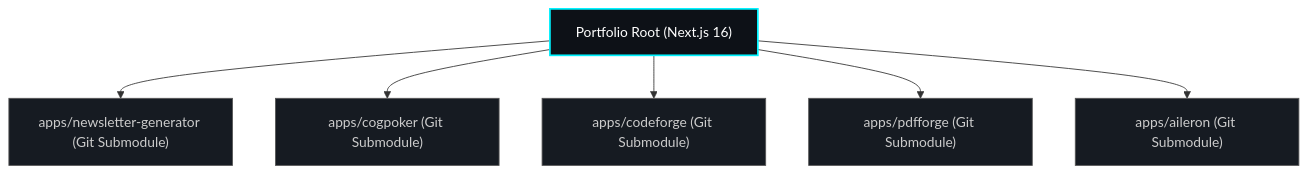
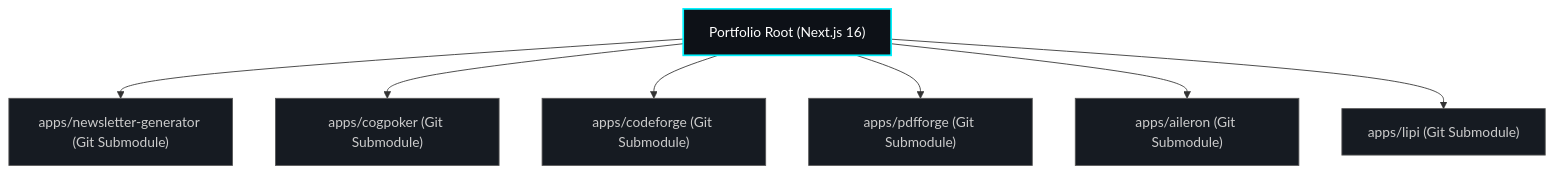
One commit to anandmuraleedharan/personal-portfolio changed the diagram in docs-portal/docs/architecture.md. Above: the diagram before and after it, drawn with Mermaid. The commit also changed other lines of this file and 64 other files, not shown here.

Commit message:
feat: Add Lipi Malayalam Learning App submodule, public dictionary API, and local developer sandbox

````diff
--- a/docs-portal/docs/architecture.md
+++ b/docs-portal/docs/architecture.md
@@ -11,15 +11,17 @@
 ```mermaid
 graph TD
     Parent["Portfolio Root (Next.js 16)"] --> Sub1["apps/newsletter-generator (Git Submodule)"]
     Parent --> Sub2["apps/cogpoker (Git Submodule)"]
     Parent --> Sub3["apps/codeforge (Git Submodule)"]
     Parent --> Sub4["apps/pdfforge (Git Submodule)"]
     Parent --> Sub5["apps/aileron (Git Submodule)"]
+    Parent --> Sub6["apps/lipi (Git Submodule)"]
     
     style Parent fill:#0d1117,stroke:#00f2fe,stroke-width:2px,color:#fff
     style Sub1 fill:#161b22,stroke:#555,stroke-width:1px,color:#ccc
     style Sub2 fill:#161b22,stroke:#555,stroke-width:1px,color:#ccc
     style Sub3 fill:#161b22,stroke:#555,stroke-width:1px,color:#ccc
     style Sub4 fill:#161b22,stroke:#555,stroke-width:1px,color:#ccc
     style Sub5 fill:#161b22,stroke:#555,stroke-width:1px,color:#ccc
+    style Sub6 fill:#161b22,stroke:#555,stroke-width:1px,color:#ccc
 ```
````
